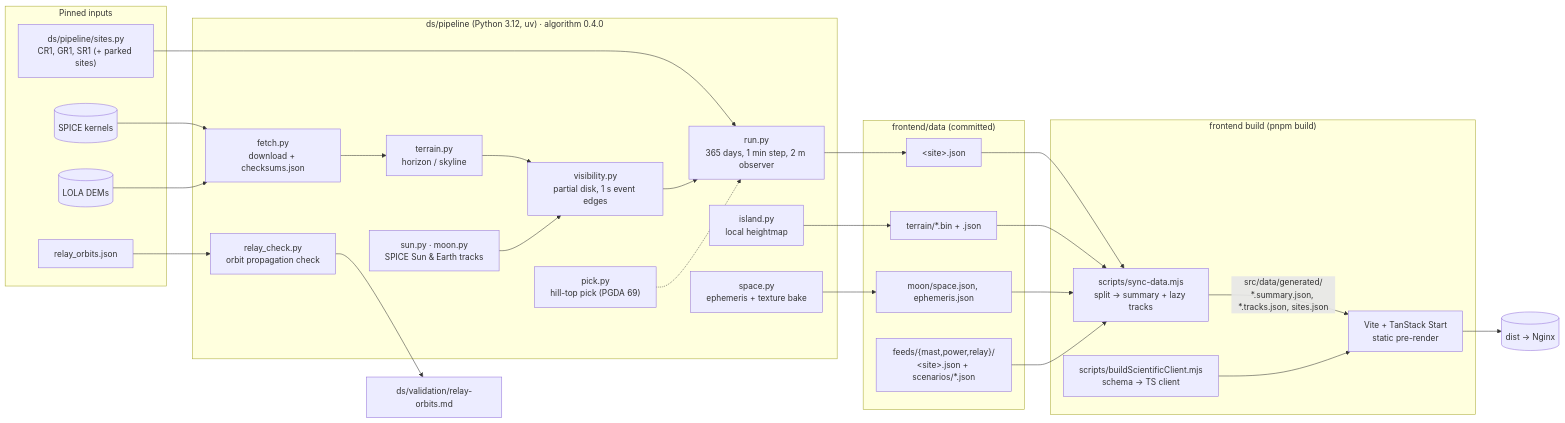
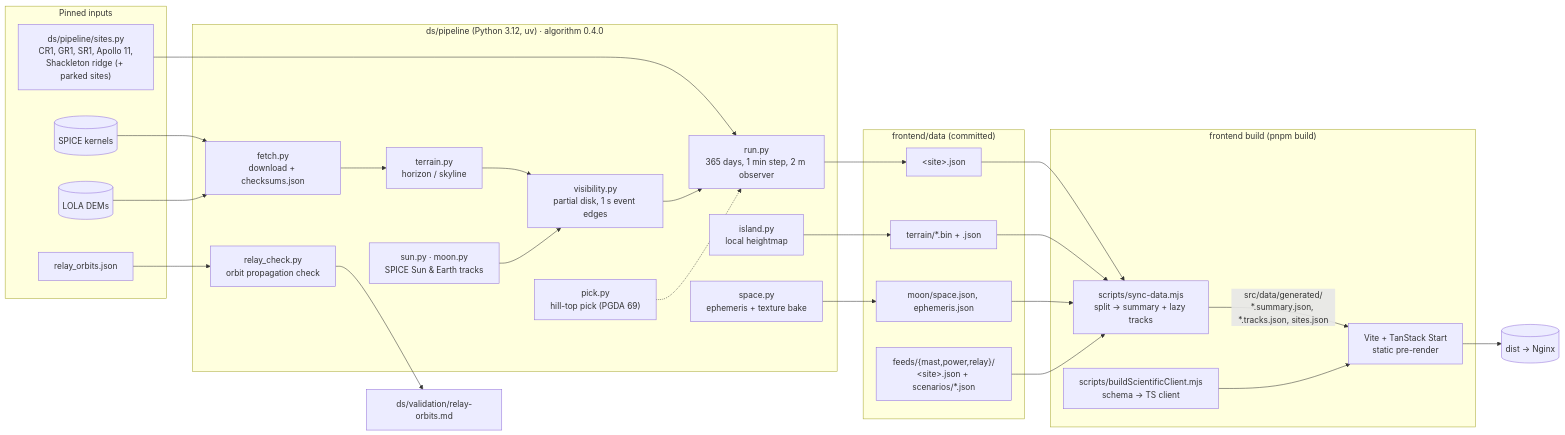
Before and after one commit to PentaHexaKong/nasa-skyline: the third of 14 diagrams in docs/architecture/system-design.md, drawn with Mermaid. The commit also changed other lines of this file and 4 other files, not shown here.

````diff
--- a/docs/architecture/system-design.md
+++ b/docs/architecture/system-design.md
@@ -102,51 +103,51 @@
 ```mermaid
 flowchart LR
     subgraph inputs["Pinned inputs"]
         k[("SPICE kernels")]
         dem[("LOLA DEMs")]
-        sites["ds/pipeline/sites.py<br/>CR1, GR1, SR1 (+ parked sites)"]
+        sites["ds/pipeline/sites.py<br/>CR1, GR1, SR1, Apollo 11,<br/>Shackleton ridge (+ parked sites)"]
         orbits["relay_orbits.json"]
     end
 
     subgraph pipe["ds/pipeline (Python 3.12, uv) · algorithm 0.4.0"]
         fetch["fetch.py<br/>download + checksums.json"]
         terrain["terrain.py<br/>horizon / skyline"]
         sun["sun.py · moon.py<br/>SPICE Sun & Earth tracks"]
         vis["visibility.py<br/>partial disk, 1 s event edges"]
         island["island.py<br/>local heightmap"]
         space["space.py<br/>ephemeris + texture bake"]
         pick["pick.py<br/>hill-top pick (PGDA 69)"]
         relay["relay_check.py<br/>orbit propagation check"]
         run["run.py<br/>365 days, 1 min step, 2 m observer"]
     end
 
     subgraph data["frontend/data (committed)"]
         siteJson["&lt;site&gt;.json"]
         terrBin["terrain/*.bin + .json"]
         moonJson["moon/space.json, ephemeris.json"]
         feeds["feeds/{mast,power,relay}/<br/>&lt;site&gt;.json + scenarios/*.json"]
     end
 
     subgraph build["frontend build (pnpm build)"]
         sync["scripts/sync-data.mjs<br/>split → summary + lazy tracks"]
         client["scripts/buildScientificClient.mjs<br/>schema → TS client"]
         vite["Vite + TanStack Start<br/>static pre-render"]
     end
 
     out[("dist → Nginx")]
     report["ds/validation/relay-orbits.md"]
 
     k & dem --> fetch --> terrain
     sites --> run
     terrain & sun --> vis --> run
     run --> siteJson
     island --> terrBin
     space --> moonJson
     orbits --> relay --> report
     pick -.-> run
 
     siteJson & terrBin & moonJson & feeds --> sync
     sync -->|"src/data/generated/<br/>*.summary.json, *.tracks.json, sites.json"| vite
     client --> vite
     vite --> out
 ```
````
